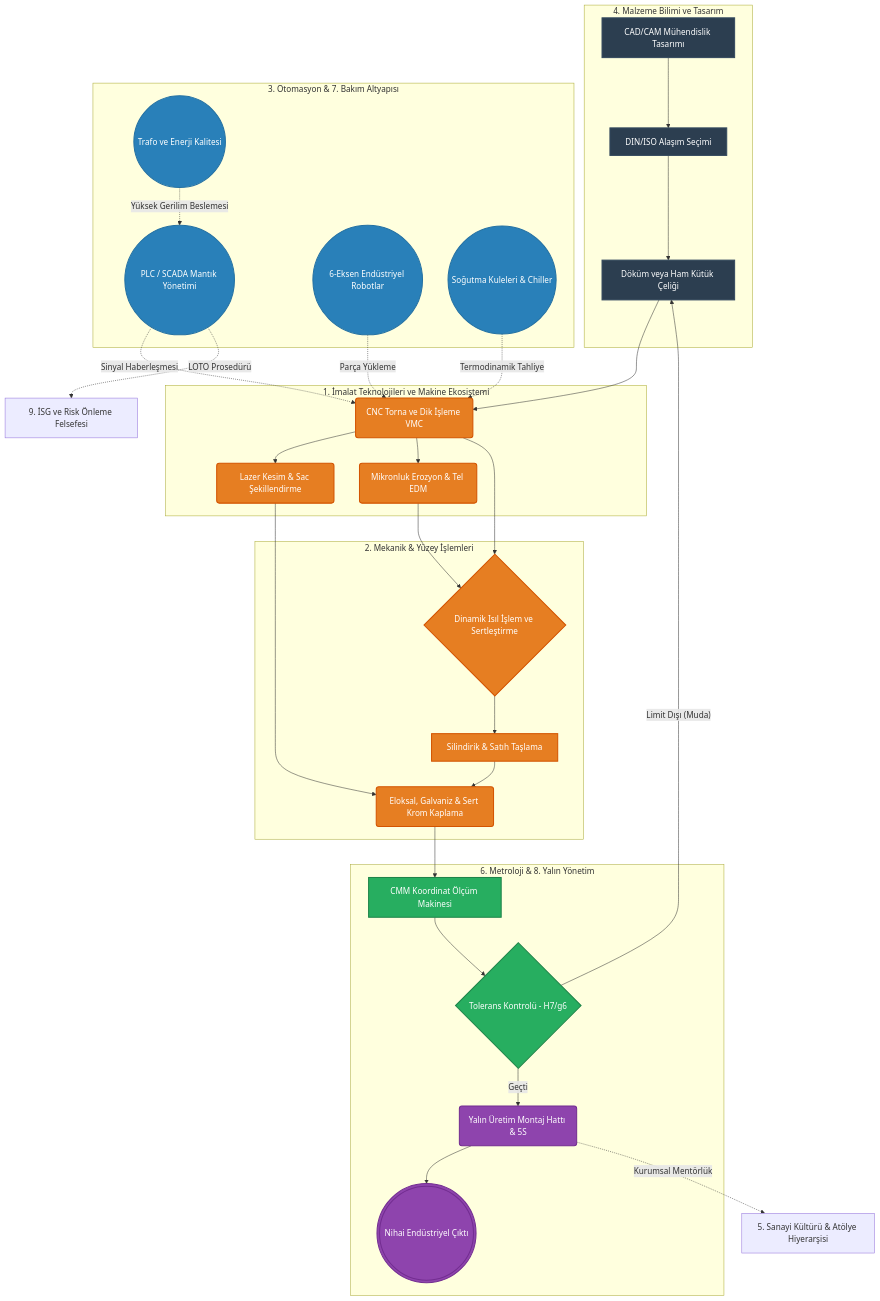
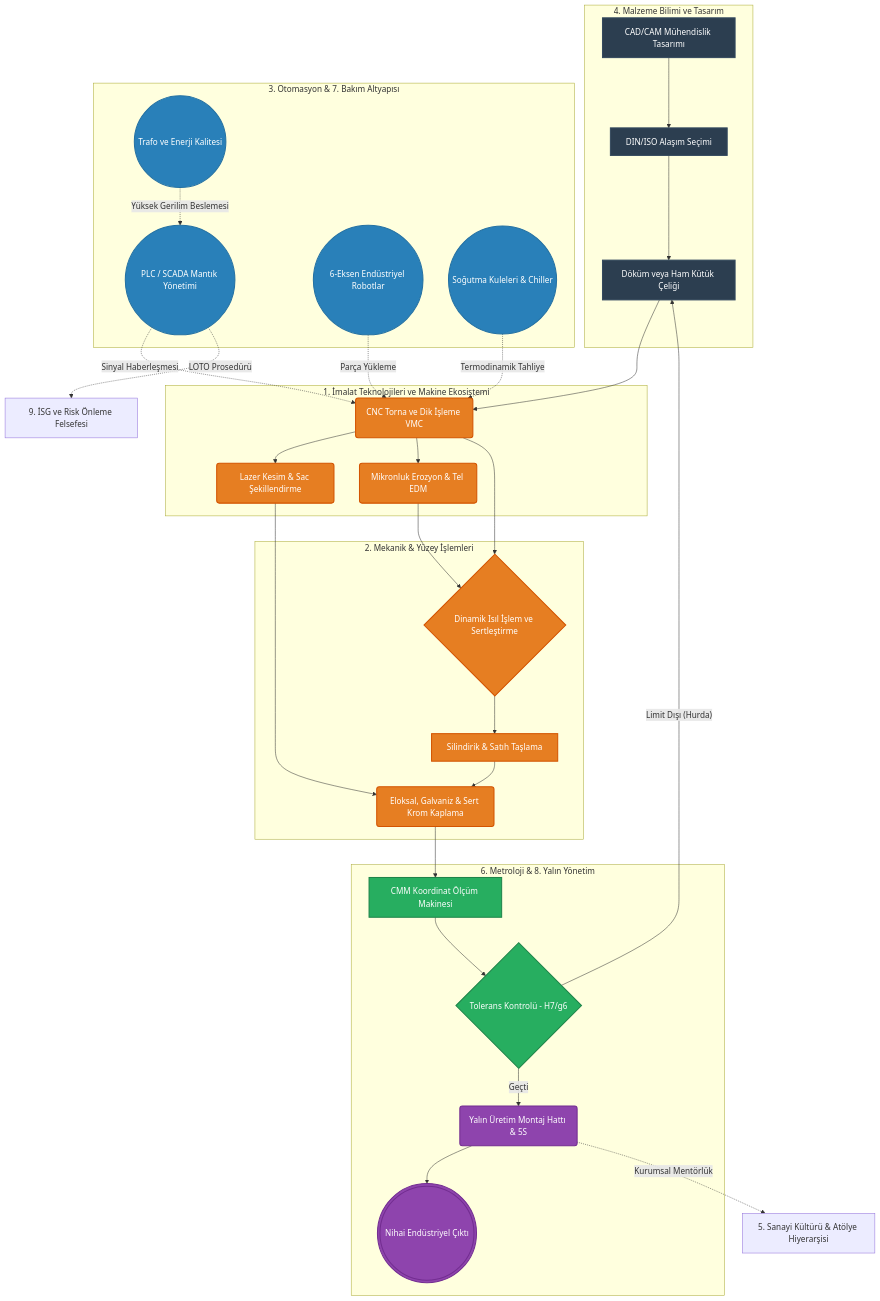
The diagram in README.md (arch-yunus/sanayi-1001), drawn with Mermaid before and after one commit. The commit also changed other lines of this file, not shown here.

Commit message:
docs: Massively scale README with standards table, history context, roadmap and tools breakdown

````diff
--- a/README.md
+++ b/README.md
@@ -31,52 +60,52 @@
 ```mermaid
 graph TD
     %% Renk Teması
     classDef hammadde fill:#2C3E50,stroke:#34495E,stroke-width:2px,color:#fff;
     classDef isleme fill:#E67E22,stroke:#D35400,stroke-width:2px,color:#fff;
     classDef otomasyon fill:#2980B9,stroke:#2471A3,stroke-width:2px,color:#fff;
     classDef kalite fill:#27AE60,stroke:#1E8449,stroke-width:2px,color:#fff;
     classDef yalın fill:#8E44AD,stroke:#732D91,stroke-width:2px,color:#fff;
 
     %% Aşama 1: Ar-Ge ve Hammadde
     subgraph Domain_4 [4. Malzeme Bilimi ve Tasarım]
         A1[CAD/CAM Mühendislik Tasarımı]:::hammadde --> A2[DIN/ISO Alaşım Seçimi]:::hammadde
         A2 --> A3[Döküm veya Ham Kütük Çeliği]:::hammadde
     end
 
     %% Aşama 2: Talaşlı İmalat
     subgraph Domain_1 [1. İmalat Teknolojileri ve Makine Ekosistemi]
         A3 --> B1(CNC Torna ve Dik İşleme VMC):::isleme
         B1 --> B2(Lazer Kesim & Sac Şekillendirme):::isleme
         B1 --> B3(Mikronluk Erozyon & Tel EDM):::isleme
     end
 
     %% Aşama 3: Otomasyon ve Altyapı Desteği
     subgraph Domain_3_7 [3. Otomasyon & 7. Bakım Altyapısı]
         O1((PLC / SCADA Mantık Yönetimi)):::otomasyon -. Sinyal Haberleşmesi .-> B1
         O2((6-Eksen Endüstriyel Robotlar)):::otomasyon -. Parça Yükleme .-> B1
         O3((Soğutma Kuleleri & Chiller)):::otomasyon -. Termodinamik Tahliye .-> B1
         O4((Trafo ve Enerji Kalitesi)):::otomasyon -. Yüksek Gerilim Beslemesi .-> O1
     end
 
     %% Aşama 4: Metalürjik ve Yüzey İşlemler
     subgraph Domain_2_4 [2. Mekanik & Yüzey İşlemleri]
         B1 --> C1{Dinamik Isıl İşlem ve Sertleştirme}:::isleme
         C1 --> C2[Silindirik & Satıh Taşlama]:::isleme
         B3 --> C1
         B2 --> C3(Eloksal, Galvaniz & Sert Krom Kaplama):::isleme
         C2 --> C3
     end
 
     %% Aşama 5: Kapanış ve Sevk
     subgraph Domain_6_8 [6. Metroloji & 8. Yalın Yönetim]
         C3 --> D1[CMM Koordinat Ölçüm Makinesi]:::kalite
         D1 --> D2{Tolerans Kontrolü - H7/g6}:::kalite
         D2 -- Geçti --> D3(Yalın Üretim Montaj Hattı & 5S):::yalın
         D3 --> D4(((Nihai Endüstriyel Çıktı))):::yalın
-        D2 -- Limit Dışı (Muda) --> A3
+        D2 -- Limit Dışı (Hurda) --> A3
     end
 
     %% Global Kavramlar Bağlantısı
     D3 -. Kurumsal Mentörlük .-> S1[5. Sanayi Kültürü & Atölye Hiyerarşisi]
     O1 -. LOTO Prosedürü .-> S2[9. İSG ve Risk Önleme Felsefesi]
 ```
````
